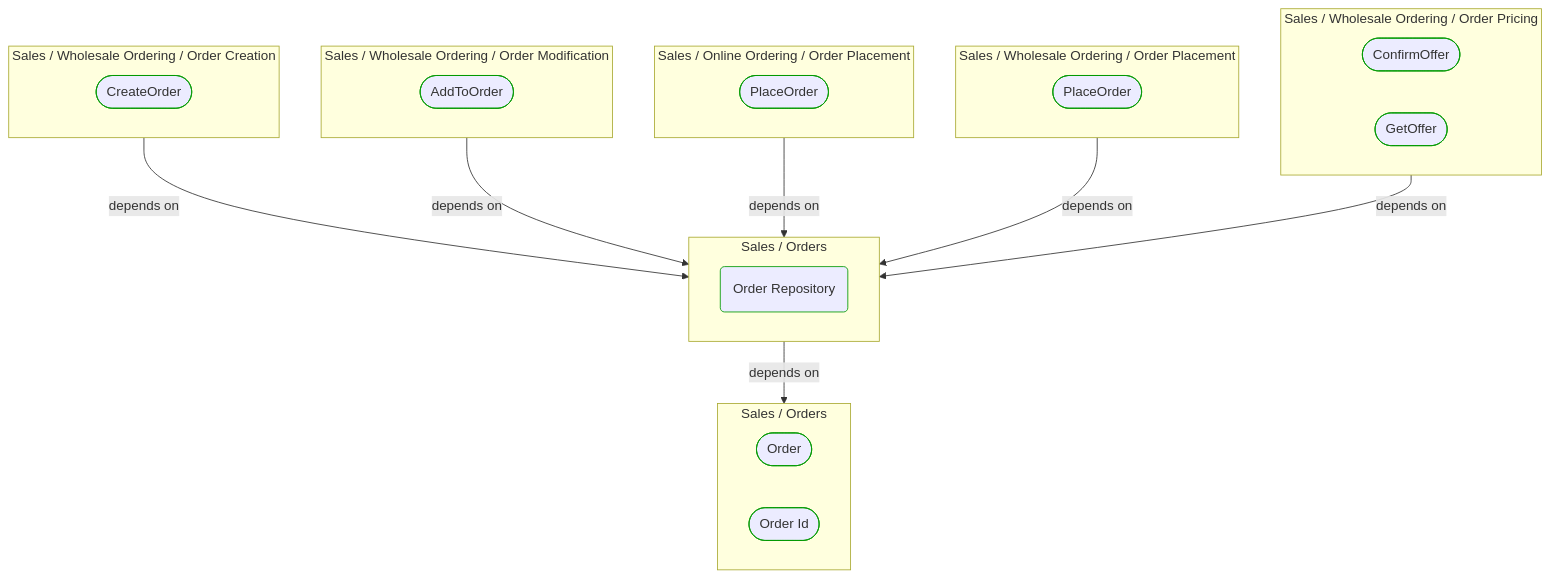
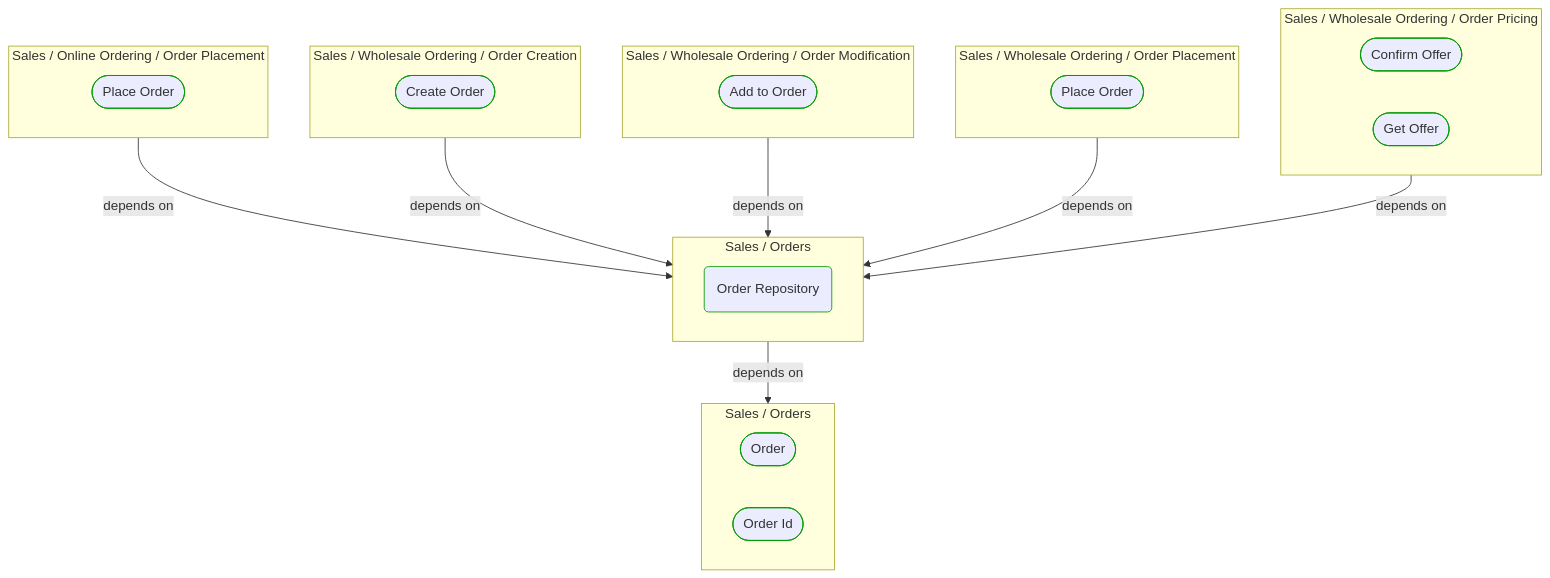
The first of 2 diagrams in Docs/P3/MermaidOutput/Domain/Concepts/Sales/Orders/OrderRepository.md (itlibrium/DDD-starter-dotnet), drawn with Mermaid before and after one commit. The commit also changed other lines of this file and 51 other files, not shown here.

````diff
--- a/Docs/P3/MermaidOutput/Domain/Concepts/Sales/Orders/OrderRepository.md
+++ b/Docs/P3/MermaidOutput/Domain/Concepts/Sales/Orders/OrderRepository.md
@@ -20,44 +20,44 @@
 ```mermaid
   flowchart TB
-    subgraph 0["Sales / Wholesale Ordering / Order Creation"]
-      1([CreateOrder])
+    subgraph 0["Sales / Online Ordering / Order Placement"]
+      1([Place Order])
       class 1 DomainPerspective
     end
-    subgraph 2["Sales / Wholesale Ordering / Order Modification"]
-      3([AddToOrder])
+    subgraph 2["Sales / Wholesale Ordering / Order Creation"]
+      3([Create Order])
       class 3 DomainPerspective
     end
-    subgraph 4["Sales / Online Ordering / Order Placement"]
-      5([PlaceOrder])
+    subgraph 4["Sales / Wholesale Ordering / Order Modification"]
+      5([Add to Order])
       class 5 DomainPerspective
     end
     subgraph 6["Sales / Wholesale Ordering / Order Placement"]
-      7([PlaceOrder])
+      7([Place Order])
       class 7 DomainPerspective
     end
     subgraph 8["Sales / Wholesale Ordering / Order Pricing"]
-      9([ConfirmOffer])
+      9([Confirm Offer])
       class 9 DomainPerspective
-      10([GetOffer])
+      10([Get Offer])
       class 10 DomainPerspective
     end
     subgraph 11["Sales / Orders"]
       12(Order Repository)
       class 12 DomainPerspective
     end
     subgraph 13["Sales / Orders"]
       14([Order])
       class 14 DomainPerspective
       15([Order Id])
       class 15 DomainPerspective
     end
     0-->|depends on|11
     2-->|depends on|11
     4-->|depends on|11
     6-->|depends on|11
     8-->|depends on|11
     11-->|depends on|13
     classDef DomainPerspective stroke:#009900
     classDef TechnologyPerspective stroke:#1F41EB
     classDef PeoplePerspective stroke:#FFF014
 ```
````
